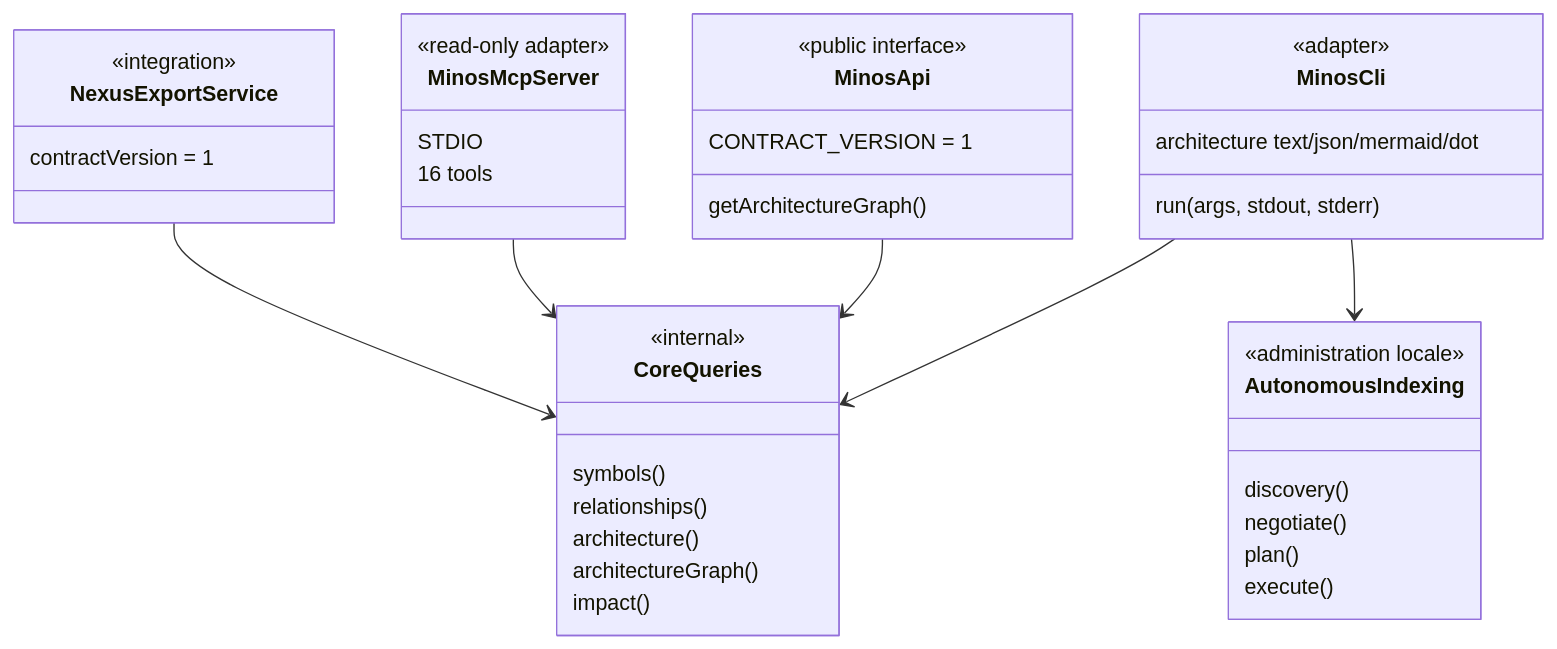
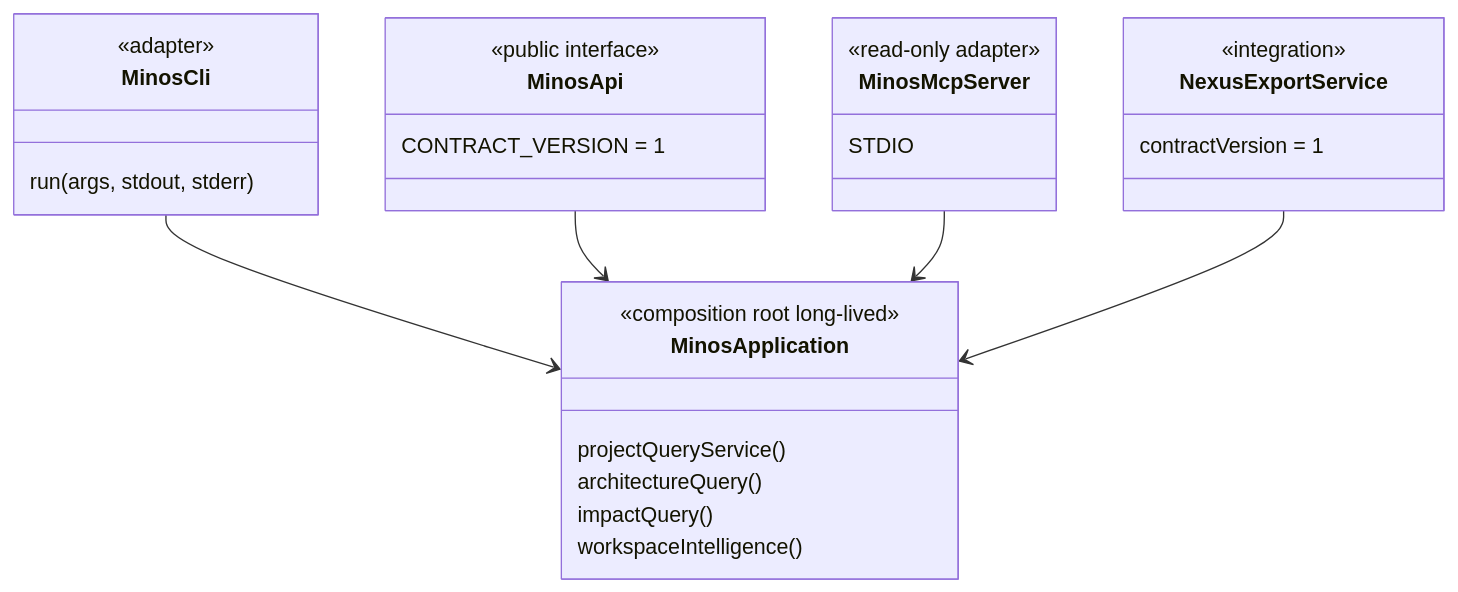
The first of 2 diagrams in docs/developer/public-surfaces.md (FTurleque/minos-code-intelligence), drawn with Mermaid before and after one commit. The commit also changed other lines of this file, not shown here.

Commit message:
M15-S11 - align public surfaces with direct MCP backend

````diff
--- a/docs/developer/public-surfaces.md
+++ b/docs/developer/public-surfaces.md
@@ -7,43 +9,31 @@
 ```mermaid
 classDiagram
-    class CoreQueries {
-      <<internal>>
-      symbols()
-      relationships()
-      architecture()
-      architectureGraph()
-      impact()
-    }
-    class AutonomousIndexing {
-      <<administration locale>>
-      discovery()
-      negotiate()
-      plan()
-      execute()
+    class MinosApplication {
+      <<composition root long-lived>>
+      projectQueryService()
+      architectureQuery()
+      impactQuery()
+      workspaceIntelligence()
     }
     class MinosCli {
       <<adapter>>
       run(args, stdout, stderr)
-      architecture text/json/mermaid/dot
     }
     class MinosApi {
       <<public interface>>
       CONTRACT_VERSION = 1
-      getArchitectureGraph()
     }
     class MinosMcpServer {
       <<read-only adapter>>
       STDIO
-      16 tools
     }
     class NexusExportService {
       <<integration>>
       contractVersion = 1
     }
 
-    MinosCli --> CoreQueries
-    MinosCli --> AutonomousIndexing
-    MinosApi --> CoreQueries
-    MinosMcpServer --> CoreQueries
-    NexusExportService --> CoreQueries
+    MinosCli --> MinosApplication
+    MinosApi --> MinosApplication
+    MinosMcpServer --> MinosApplication
+    NexusExportService --> MinosApplication
 ```
````
